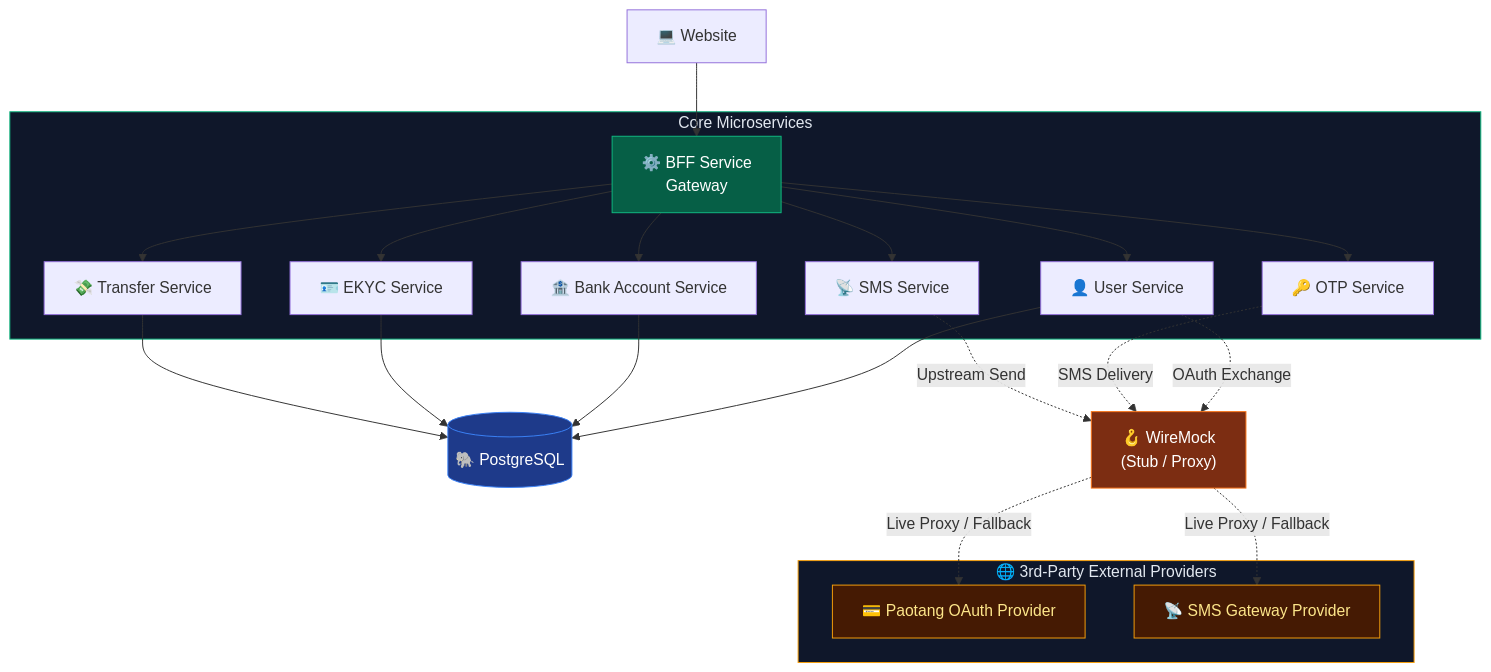
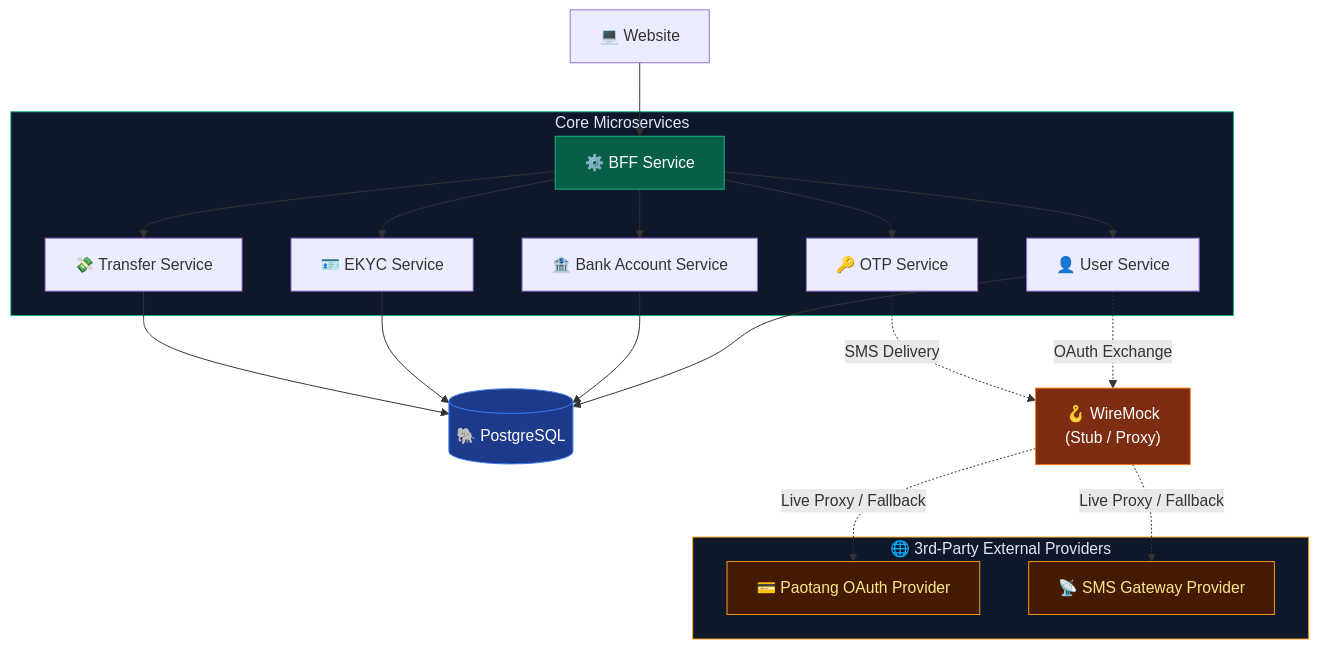
The second of 3 diagrams in slides/slides.md (SiwakornSitti/ultra-smoooooth-testing), drawn with Mermaid before and after one commit. The commit also changed other lines of this file and 16 other files, not shown here.

````diff
--- a/slides/slides.md
+++ b/slides/slides.md
@@ -207,36 +207,34 @@
 ```mermaid
 flowchart TB
-    Website["💻 Website"] --> BFF["⚙️ BFF Service<br/>Gateway"]
+    Website["💻 Website"] --> BFF["⚙️ BFF Service"]
     subgraph CORE["Core Microservices"]
         BFF --> User["👤 User Service"]
         BFF --> Bank["🏦 Bank Account Service"]
         BFF --> EKYC["🪪 EKYC Service"]
         BFF --> Transfer["💸 Transfer Service"]
         BFF --> OTP["🔑 OTP Service"]
-        BFF --> SMS["📡 SMS Service"]
     end
     User --> PG[("🐘 PostgreSQL")]
     Bank --> PG
     EKYC --> PG
     Transfer --> PG
 
     subgraph EXTERNAL["🌐 3rd-Party External Providers"]
         Paotang["💳 Paotang OAuth Provider"]
         SMSGateway["📡 SMS Gateway Provider"]
     end
 
     User -.->|OAuth Exchange| WM["🪝 WireMock<br/>(Stub / Proxy)"]
     OTP -.->|SMS Delivery| WM
-    SMS -.->|Upstream Send| WM
 
     WM -.->|Live Proxy / Fallback| Paotang
     WM -.->|Live Proxy / Fallback| SMSGateway
 
     style CORE fill:#0f172a,stroke:#10b981,color:#e2e8f0
     style EXTERNAL fill:#0f172a,stroke:#f59e0b,color:#e2e8f0
     style BFF fill:#065f46,stroke:#10b981,color:#fff
     style PG fill:#1e3a8a,stroke:#3b82f6,color:#fff
     style WM fill:#7c2d12,stroke:#f97316,color:#fff
     style Paotang fill:#451a03,stroke:#f59e0b,color:#fde68a
     style SMSGateway fill:#451a03,stroke:#f59e0b,color:#fde68a
 ```
````
